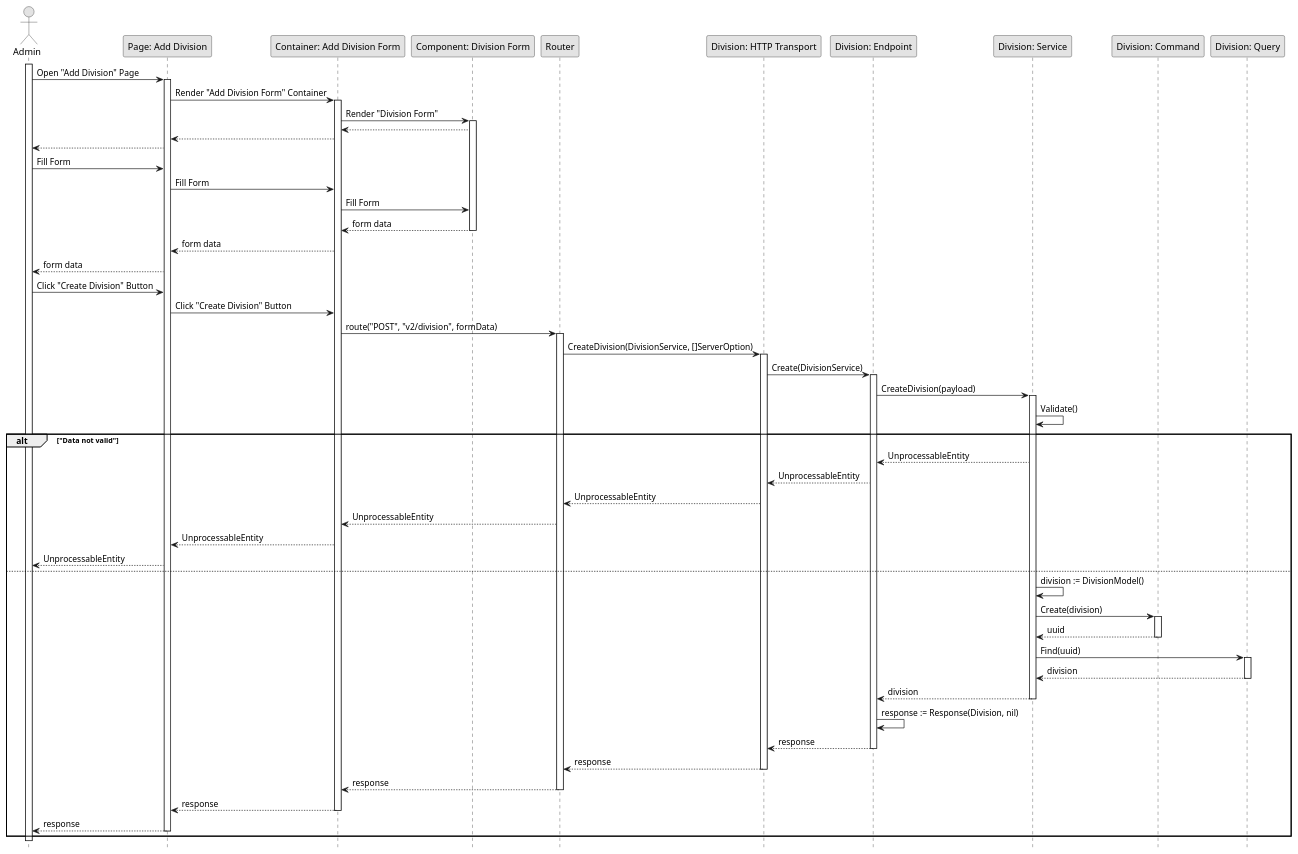
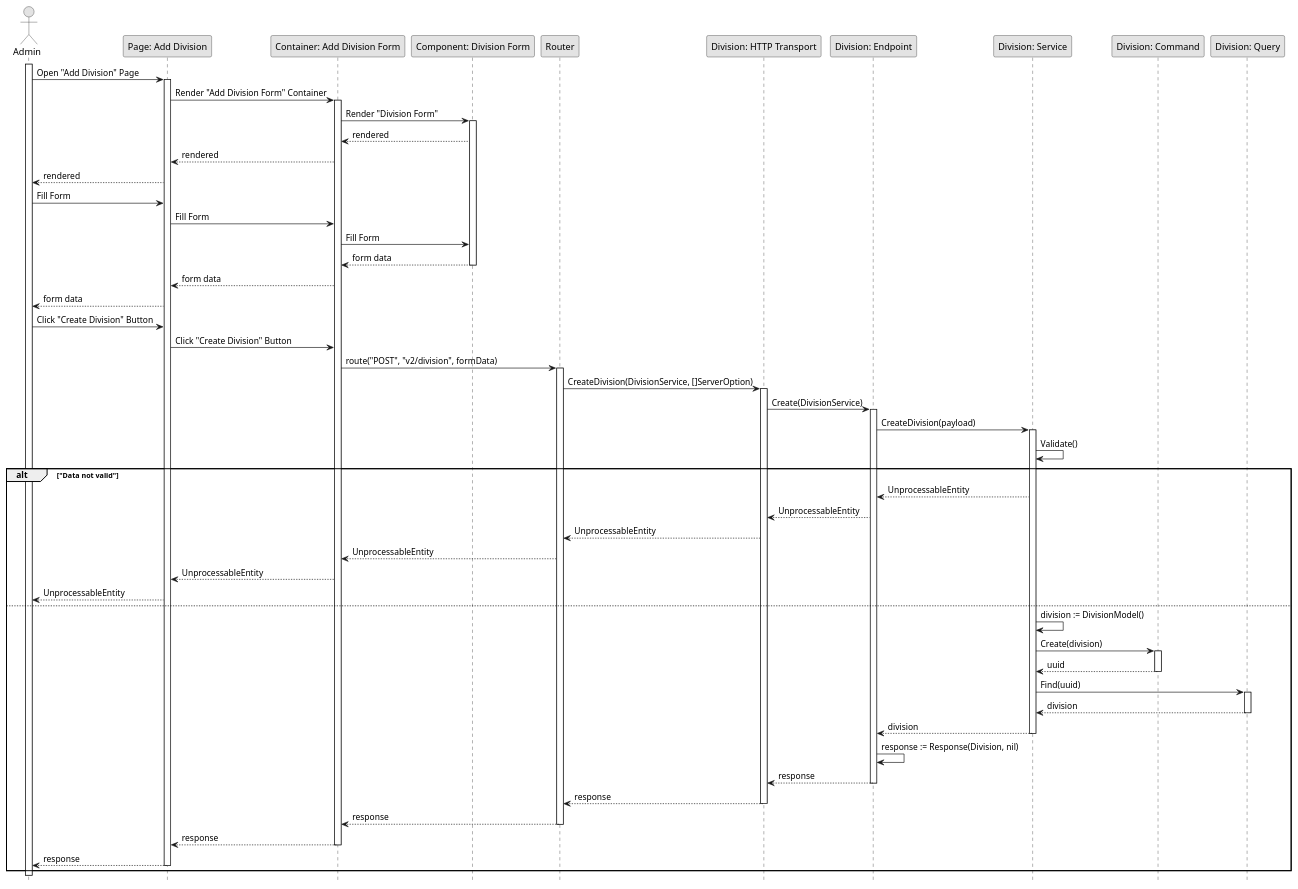
Before and after one commit to fwidjaya20/fazzlearning-uml: the diagram in Sequence/Release01/CreateDivision.wsd, drawn with PlantUML. The commit also changed 15 other files, not shown here.

Commit message:
fix(sequence): adding return wording

```diff
--- a/Sequence/Release01/CreateDivision.wsd
+++ b/Sequence/Release01/CreateDivision.wsd
@@ -1,84 +1,84 @@
 @startuml CreateDivision
 
 skinparam Monochrome true
 skinparam Shadowing false
 hide footbox
 
 actor Admin
 participant "Page: Add Division" as AddDivisionPage
 participant "Container: Add Division Form" as AddDivisionFormContainer
 participant "Component: Division Form" as DivisionForm
 participant "Router" as Router
 participant "Division: HTTP Transport" as DivisionHTTPTransport
 participant "Division: Endpoint" as DivisionEndpoint
 participant "Division: Service" as DivisionService
 participant "Division: Command" as DivisionCommand
 participant "Division: Query" as DivisionQuery
 
 activate Admin
 
 Admin->AddDivisionPage: Open "Add Division" Page
 activate AddDivisionPage
 AddDivisionPage->AddDivisionFormContainer: Render "Add Division Form" Container
 activate AddDivisionFormContainer
 AddDivisionFormContainer->DivisionForm: Render "Division Form"
 activate DivisionForm
-DivisionForm-->AddDivisionFormContainer
-AddDivisionFormContainer-->AddDivisionPage
-AddDivisionPage-->Admin
+DivisionForm-->AddDivisionFormContainer: rendered
+AddDivisionFormContainer-->AddDivisionPage: rendered
+AddDivisionPage-->Admin: rendered
 
 Admin->AddDivisionPage: Fill Form
 AddDivisionPage->AddDivisionFormContainer: Fill Form
 AddDivisionFormContainer->DivisionForm: Fill Form
 DivisionForm-->AddDivisionFormContainer: form data
 deactivate DivisionForm
 AddDivisionFormContainer-->AddDivisionPage: form data
 AddDivisionPage-->Admin: form data
 
 Admin->AddDivisionPage: Click "Create Division" Button
 AddDivisionPage->AddDivisionFormContainer: Click "Create Division" Button
 AddDivisionFormContainer->Router: route("POST", "v2/division", formData)
 activate Router
 Router->DivisionHTTPTransport: CreateDivision(DivisionService, []ServerOption)
 activate DivisionHTTPTransport
 DivisionHTTPTransport->DivisionEndpoint: Create(DivisionService)
 activate DivisionEndpoint
 DivisionEndpoint->DivisionService: CreateDivision(payload)
 activate DivisionService
 DivisionService->DivisionService: Validate()
 
 alt "Data not valid"
     DivisionService-->DivisionEndpoint: UnprocessableEntity
     DivisionEndpoint-->DivisionHTTPTransport: UnprocessableEntity
     DivisionHTTPTransport-->Router: UnprocessableEntity
     Router-->AddDivisionFormContainer: UnprocessableEntity
     AddDivisionFormContainer-->AddDivisionPage: UnprocessableEntity
     AddDivisionPage-->Admin: UnprocessableEntity
 else
     DivisionService->DivisionService: division := DivisionModel()
     DivisionService->DivisionCommand: Create(division)
     activate DivisionCommand
     DivisionCommand-->DivisionService: uuid
     deactivate DivisionCommand
     DivisionService->DivisionQuery: Find(uuid)
     activate DivisionQuery
     DivisionQuery-->DivisionService: division
     deactivate DivisionQuery
     DivisionService-->DivisionEndpoint: division
     deactivate DivisionService
     DivisionEndpoint->DivisionEndpoint: response := Response(Division, nil)
     DivisionEndpoint-->DivisionHTTPTransport: response
     deactivate DivisionEndpoint
     DivisionHTTPTransport-->Router: response
     deactivate DivisionHTTPTransport
     Router-->AddDivisionFormContainer: response
     deactivate Router
     AddDivisionFormContainer-->AddDivisionPage: response
     deactivate AddDivisionFormContainer
     AddDivisionPage-->Admin: response
     deactivate AddDivisionPage
 end
 
 deactivate Admin
 
 @enduml
```
